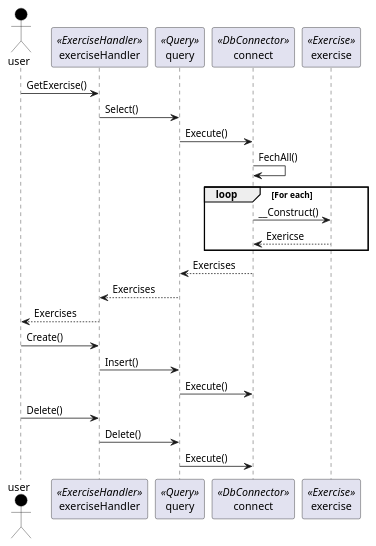
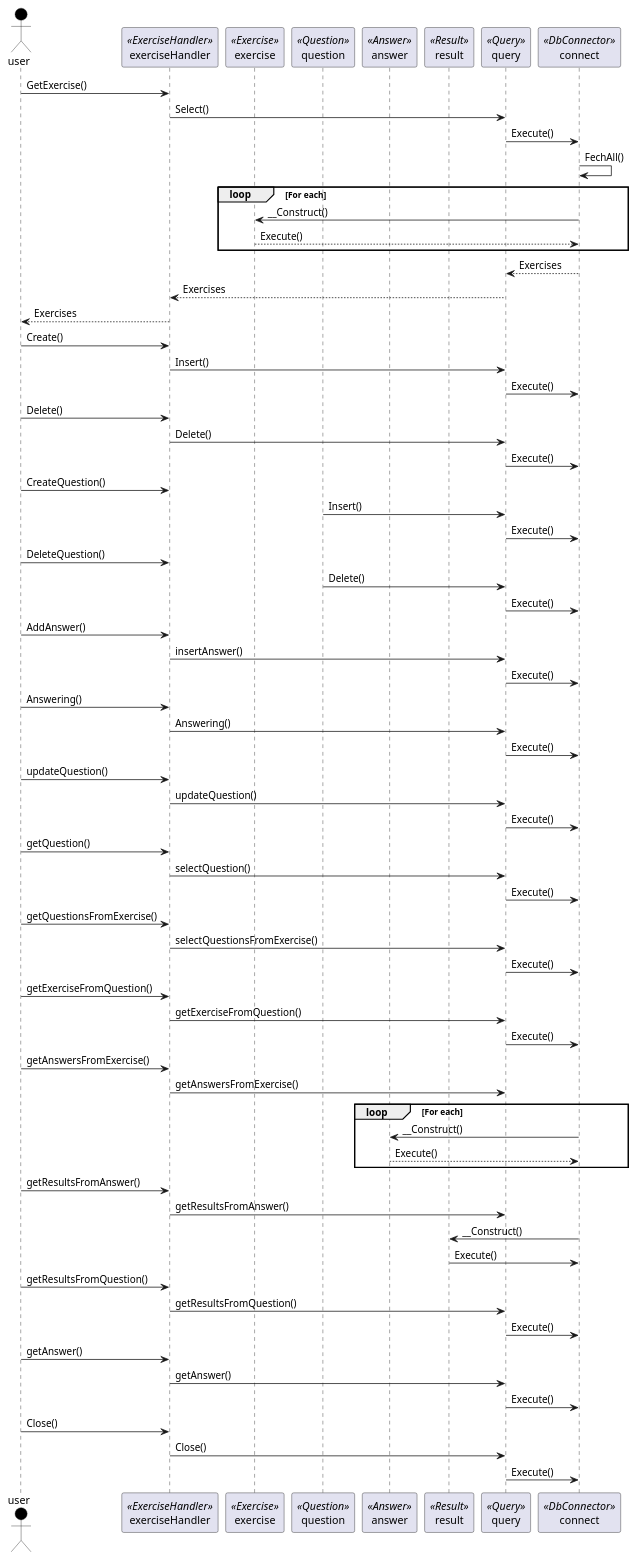
The diagram in Documentation/SequenceDiagram.pu (CPNV-ES/MAW1.1-JLR-JBD), drawn with PlantUML before and after one commit.

```diff
--- a/Documentation/SequenceDiagram.pu
+++ b/Documentation/SequenceDiagram.pu
@@ -1,26 +1,87 @@
 @startuml
 
 actor user as user #black
 participant exerciseHandler as ExerciseHandler <<ExerciseHandler>>
+participant exercise as Exercise <<Exercise>>
+participant question as Question <<Question>>
+participant answer as Answer <<Answer>>
+participant result as Result <<Result>>
 participant query as Query <<Query>>
 participant connect as DbConnector <<DbConnector>> 
-participant exercise as Exercise <<Exercise>>
 user -> ExerciseHandler : GetExercise()
 ExerciseHandler -> Query : Select()
 Query -> DbConnector : Execute()
 DbConnector->DbConnector : FechAll()
 loop For each 
 DbConnector->Exercise : __Construct()
-Exercise-->DbConnector : Exericse
+Exercise-->DbConnector : Execute()
 end
 DbConnector --> Query : Exercises
 Query --> ExerciseHandler : Exercises
 ExerciseHandler --> user : Exercises
 
 user->ExerciseHandler : Create()
 ExerciseHandler->Query : Insert()
 Query->DbConnector : Execute()
+
 user->ExerciseHandler : Delete()
 ExerciseHandler->Query : Delete()
 Query->DbConnector : Execute()
+
+user->ExerciseHandler : CreateQuestion()
+Question->Query : Insert()
+Query->DbConnector : Execute()
+
+user->ExerciseHandler : DeleteQuestion()
+Question->Query : Delete()
+Query->DbConnector : Execute()
+
+user-> ExerciseHandler : AddAnswer()
+ExerciseHandler->Query : insertAnswer()
+Query->DbConnector : Execute()
+
+user-> ExerciseHandler : Answering()
+ExerciseHandler->Query : Answering()
+Query->DbConnector : Execute()
+
+user-> ExerciseHandler : updateQuestion()
+ExerciseHandler->Query : updateQuestion()
+Query->DbConnector : Execute()
+
+user-> ExerciseHandler : getQuestion()
+ExerciseHandler->Query : selectQuestion()
+Query->DbConnector : Execute()
+
+user-> ExerciseHandler : getQuestionsFromExercise()
+ExerciseHandler->Query : selectQuestionsFromExercise()
+Query->DbConnector : Execute()
+
+user-> ExerciseHandler : getExerciseFromQuestion()
+ExerciseHandler->Query : getExerciseFromQuestion()
+Query->DbConnector : Execute()
+
+user-> ExerciseHandler : getAnswersFromExercise()
+ExerciseHandler->Query : getAnswersFromExercise()
+loop For each 
+DbConnector->Answer : __Construct()
+Answer-->DbConnector : Execute()
+end
+
+user-> ExerciseHandler : getResultsFromAnswer()
+ExerciseHandler->Query : getResultsFromAnswer()
+DbConnector->Result : __Construct()
+Result->DbConnector : Execute()
+
+
+user-> ExerciseHandler : getResultsFromQuestion()
+ExerciseHandler->Query : getResultsFromQuestion()
+Query->DbConnector : Execute()
+
+user-> ExerciseHandler : getAnswer()
+ExerciseHandler->Query : getAnswer()
+Query->DbConnector : Execute()
+
+user-> ExerciseHandler : Close()
+ExerciseHandler->Query : Close()
+Query->DbConnector : Execute()
 @enduml
```
